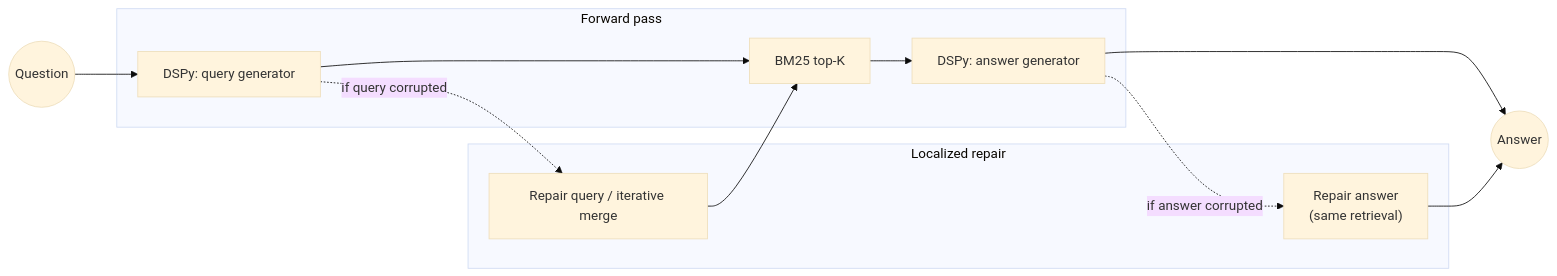
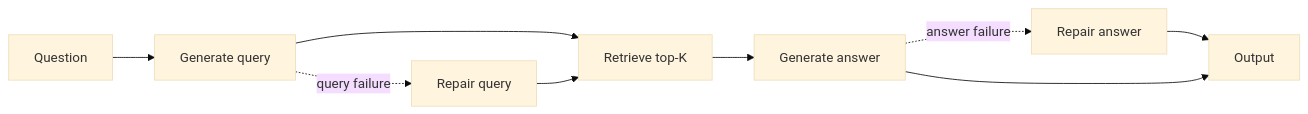
Before and after one commit to santinomarial/forward-repair-lm-pipelines: the diagram in README.md, drawn with Mermaid (base theme). The commit also changed other lines of this file, not shown here.

````diff
--- a/README.md
+++ b/README.md
@@ -30,22 +68,13 @@
 ```mermaid
 flowchart LR
-  Q(("Question"))
+    Q[Question] --> G[Generate query]
+    G --> R[Retrieve top-K]
+    R --> A[Generate answer]
 
-  subgraph Forward["Forward pass"]
-    GQ["DSPy: query generator"]
-    R["BM25 top-K"]
-    GA["DSPy: answer generator"]
-  end
+    G -.->|query failure| QR[Repair query]
+    QR --> R
 
-  Q --> GQ --> R --> GA --> A(("Answer"))
-
-  subgraph Repair["Localized repair"]
-    rq["Repair query / iterative merge"]
-    ra["Repair answer<br/>(same retrieval)"]
-  end
-
-  GQ -.->|"if query corrupted"| rq
-  rq --> R
-  GA -.->|"if answer corrupted"| ra
-  ra --> A
+    A -.->|answer failure| AR[Repair answer]
+    AR --> O[Output]
+    A --> O
 ```
````
